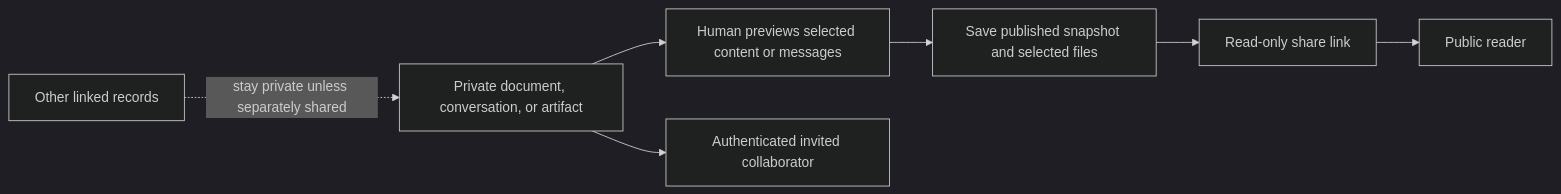
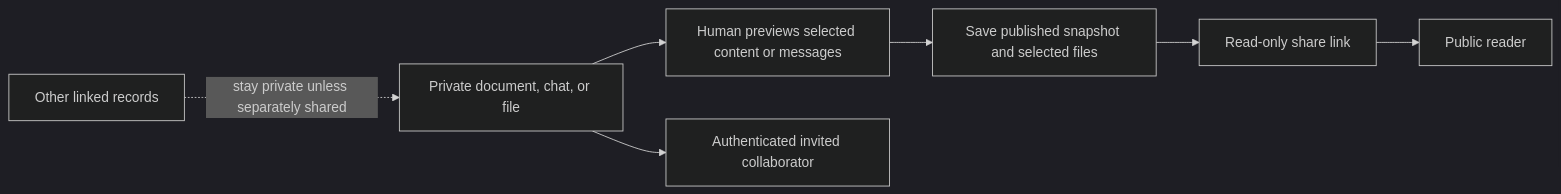
One commit to hellogafaro/otto changed the ninth of 10 diagrams in docs/otto/plan.md. Above: the diagram before and after it, drawn with Mermaid (dark theme). The commit also changed other lines of this file and 174 other files, not shown here.

````diff
--- a/docs/otto/plan.md
+++ b/docs/otto/plan.md
@@ -265,9 +267,9 @@
 ```mermaid
 flowchart LR
-  S[Private document, conversation, or artifact] --> P[Human previews selected content or messages]
+  S[Private document, chat, or file] --> P[Human previews selected content or messages]
   P --> F[Save published snapshot and selected files]
   F --> L[Read-only share link]
   L --> V[Public reader]
   S --> I[Authenticated invited collaborator]
   X[Other linked records] -.->|stay private unless separately shared| S
 ```
````
